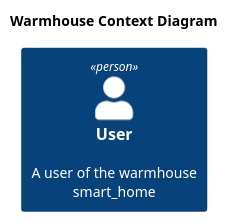
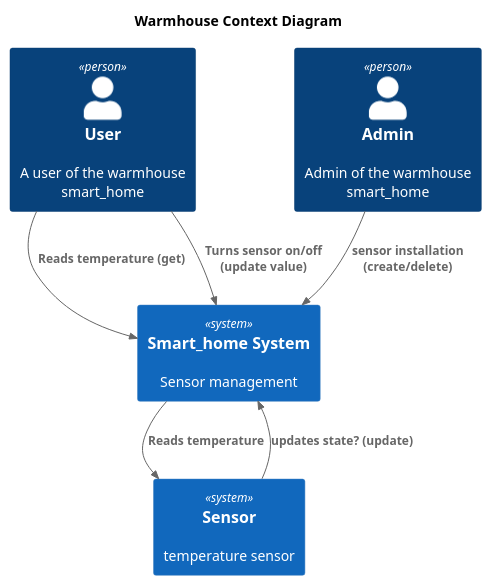
Before and after one commit to Upforup/architecture-pro-warmhouse: the diagram in schemas/as_is/warmhouse_context_as_is.puml, drawn with PlantUML.

```diff
--- a/schemas/as_is/warmhouse_context_as_is.puml
+++ b/schemas/as_is/warmhouse_context_as_is.puml
@@ -1,11 +1,21 @@
 @startuml Ctx
 title Warmhouse Context Diagram
 
 top to bottom direction
 
 !include https://raw.githubusercontent.com/plantuml-stdlib/C4-PlantUML/master/C4_Context.puml
 
 Person(user, "User", "A user of the warmhouse smart_home")
+Person(admin, "Admin", "Admin of the warmhouse smart_home")
 
+System(smart_home, "Smart_home System", "Sensor management")
+System(sensor, "Sensor", "temperature sensor")
+
+Rel(user, smart_home, "Reads temperature (get)")
+Rel(user, smart_home, "Turns sensor on/off (update value)")
+Rel(admin, smart_home, "sensor installation (create/delete)")
+
+Rel(smart_home,sensor,"Reads temperature")
+Rel(sensor,smart_home,"updates state? (update)")
 
 @enduml
```
